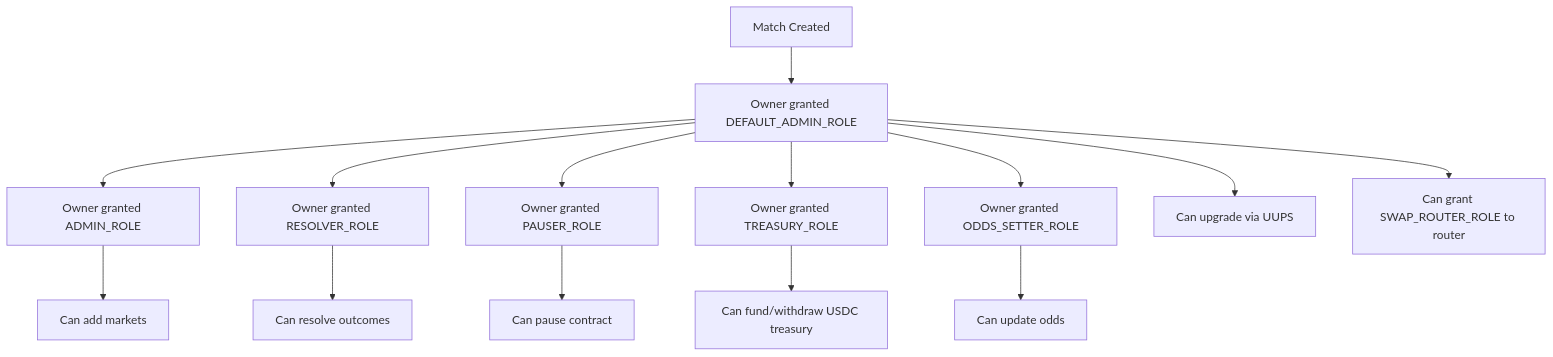
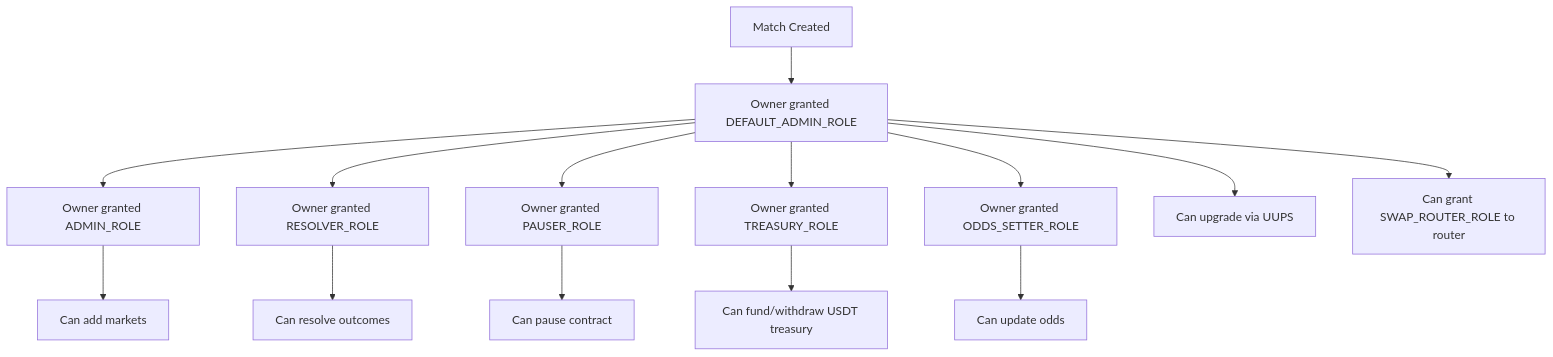
The third of 3 diagrams in ARCHITECTURE.md (ChilizTV/smart-contracts), drawn with Mermaid before and after one commit. The commit also changed other lines of this file and 37 other files, not shown here.

````diff
--- a/ARCHITECTURE.md
+++ b/ARCHITECTURE.md
@@ -407,16 +414,16 @@
 ```mermaid
 graph TD
     A[Match Created] --> B[Owner granted DEFAULT_ADMIN_ROLE]
     B --> C[Owner granted ADMIN_ROLE]
     B --> D[Owner granted RESOLVER_ROLE]
     B --> E[Owner granted PAUSER_ROLE]
     B --> F[Owner granted TREASURY_ROLE]
     B --> G[Owner granted ODDS_SETTER_ROLE]
     C --> H[Can add markets]
     G --> I[Can update odds]
     D --> J[Can resolve outcomes]
     E --> K[Can pause contract]
-    F --> L[Can fund/withdraw USDC treasury]
+    F --> L[Can fund/withdraw USDT treasury]
     B --> M[Can upgrade via UUPS]
     B --> N[Can grant SWAP_ROUTER_ROLE to router]
 ```
````
